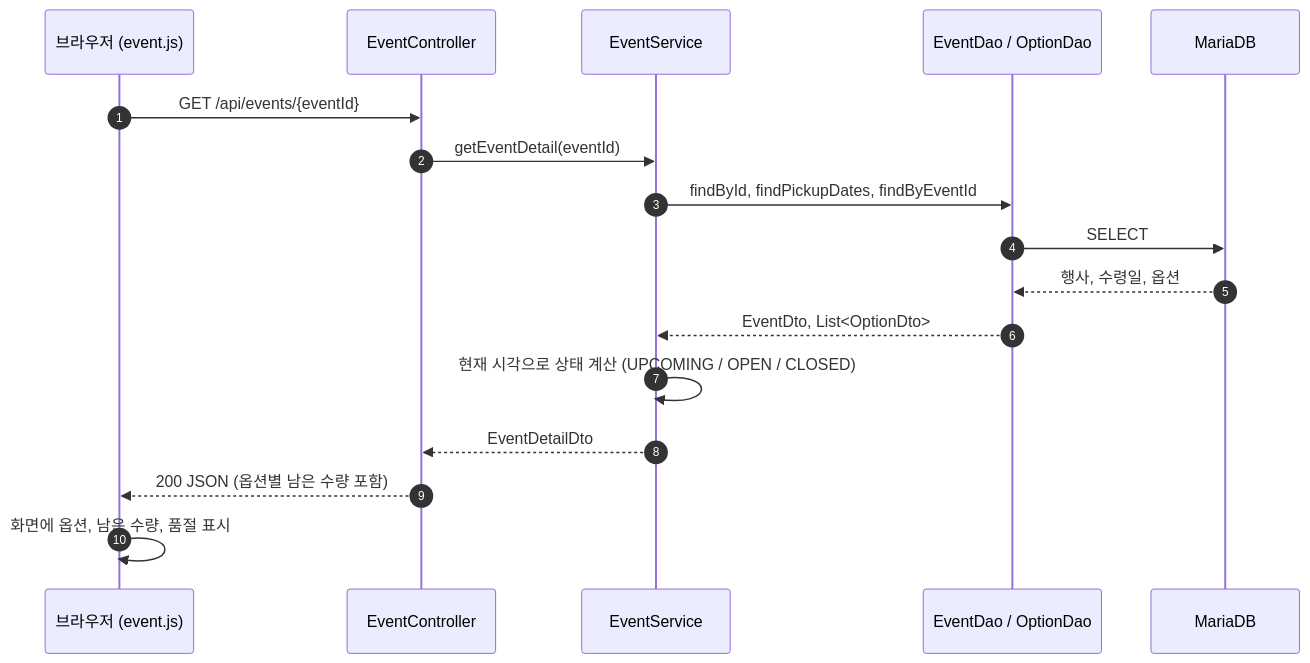
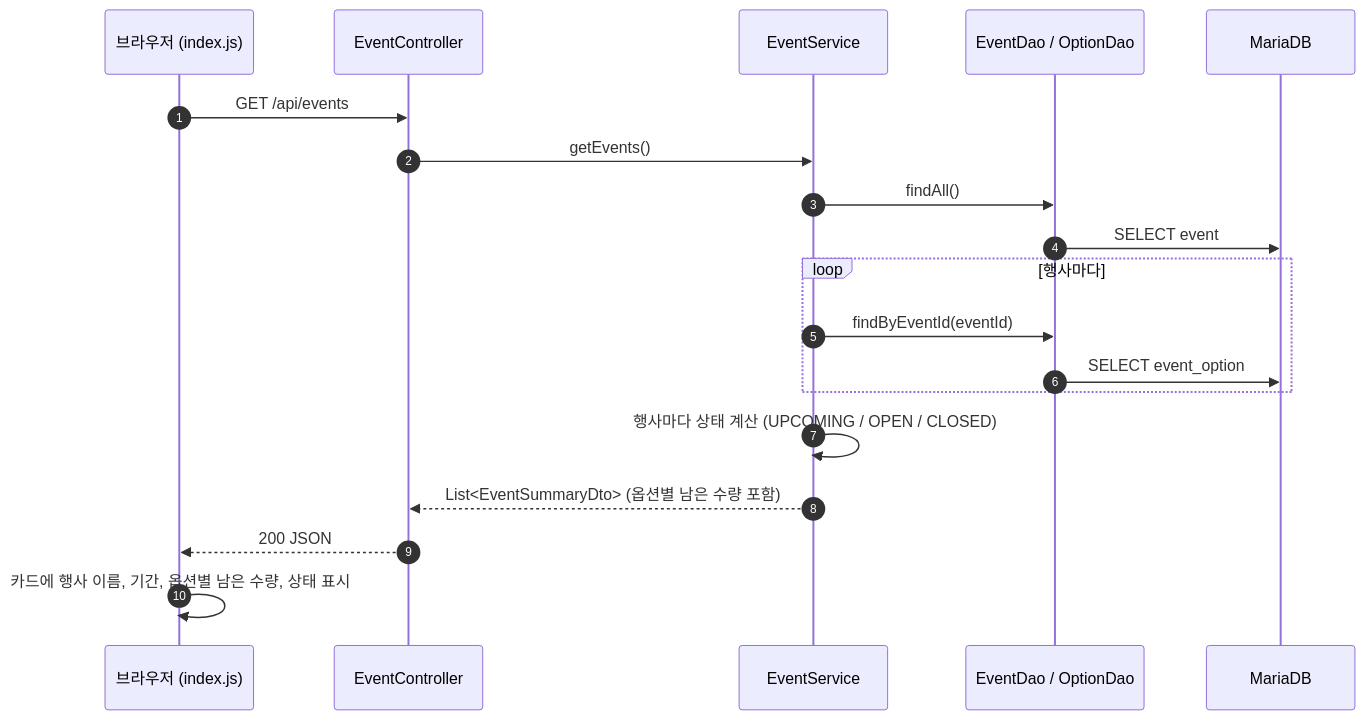
The third of 4 diagrams in docs/design-system-structure.md (xeoucys/Coma), drawn with Mermaid before and after one commit. The commit also changed other lines of this file and 22 other files, not shown here.

````diff
--- a/docs/design-system-structure.md
+++ b/docs/design-system-structure.md
@@ -266,20 +293,22 @@
 ```mermaid
 sequenceDiagram
     autonumber
-    participant B as 브라우저 (event.js)
+    participant B as 브라우저 (index.js)
     participant C as EventController
     participant S as EventService
     participant D as EventDao / OptionDao
     participant DB as MariaDB
 
-    B->>C: GET /api/events/{eventId}
-    C->>S: getEventDetail(eventId)
-    S->>D: findById, findPickupDates, findByEventId
-    D->>DB: SELECT
-    DB-->>D: 행사, 수령일, 옵션
-    D-->>S: EventDto, List<OptionDto>
-    S->>S: 현재 시각으로 상태 계산 (UPCOMING / OPEN / CLOSED)
-    S-->>C: EventDetailDto
-    C-->>B: 200 JSON (옵션별 남은 수량 포함)
-    B->>B: 화면에 옵션, 남은 수량, 품절 표시
+    B->>C: GET /api/events
+    C->>S: getEvents()
+    S->>D: findAll()
+    D->>DB: SELECT event
+    loop 행사마다
+        S->>D: findByEventId(eventId)
+        D->>DB: SELECT event_option
+    end
+    S->>S: 행사마다 상태 계산 (UPCOMING / OPEN / CLOSED)
+    S-->>C: List<EventSummaryDto> (옵션별 남은 수량 포함)
+    C-->>B: 200 JSON
+    B->>B: 카드에 행사 이름, 기간, 옵션별 남은 수량, 상태 표시
 ```
````
